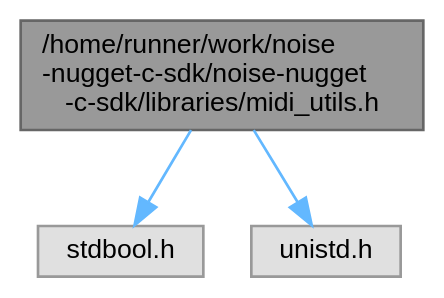
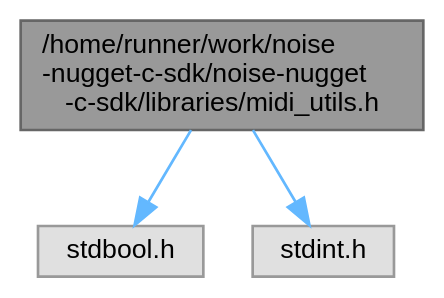
The diagram in midi__utils_8h__incl.dot (wee-noise-makers/noise-nugget-c-sdk), drawn with Graphviz before and after one commit. The commit also changed 4 other files, not shown here.

```diff
--- a/midi__utils_8h__incl.dot
+++ b/midi__utils_8h__incl.dot
@@ -1,12 +1,12 @@
 digraph "/home/runner/work/noise-nugget-c-sdk/noise-nugget-c-sdk/libraries/midi_utils.h"
 {
  // LATEX_PDF_SIZE
   bgcolor="transparent";
   edge [fontname=Helvetica,fontsize=10,labelfontname=Helvetica,labelfontsize=10];
   node [fontname=Helvetica,fontsize=10,shape=box,height=0.2,width=0.4];
   Node1 [id="Node000001",label="/home/runner/work/noise\l-nugget-c-sdk/noise-nugget\l-c-sdk/libraries/midi_utils.h",height=0.2,width=0.4,color="gray40", fillcolor="grey60", style="filled", fontcolor="black",tooltip="MIDI messages decoder."];
   Node1 -> Node2 [id="edge1_Node000001_Node000002",color="steelblue1",style="solid",tooltip=" "];
   Node2 [id="Node000002",label="stdbool.h",height=0.2,width=0.4,color="grey60", fillcolor="#E0E0E0", style="filled",tooltip=" "];
   Node1 -> Node3 [id="edge2_Node000001_Node000003",color="steelblue1",style="solid",tooltip=" "];
-  Node3 [id="Node000003",label="unistd.h",height=0.2,width=0.4,color="grey60", fillcolor="#E0E0E0", style="filled",tooltip=" "];
+  Node3 [id="Node000003",label="stdint.h",height=0.2,width=0.4,color="grey60", fillcolor="#E0E0E0", style="filled",tooltip=" "];
 }
```
